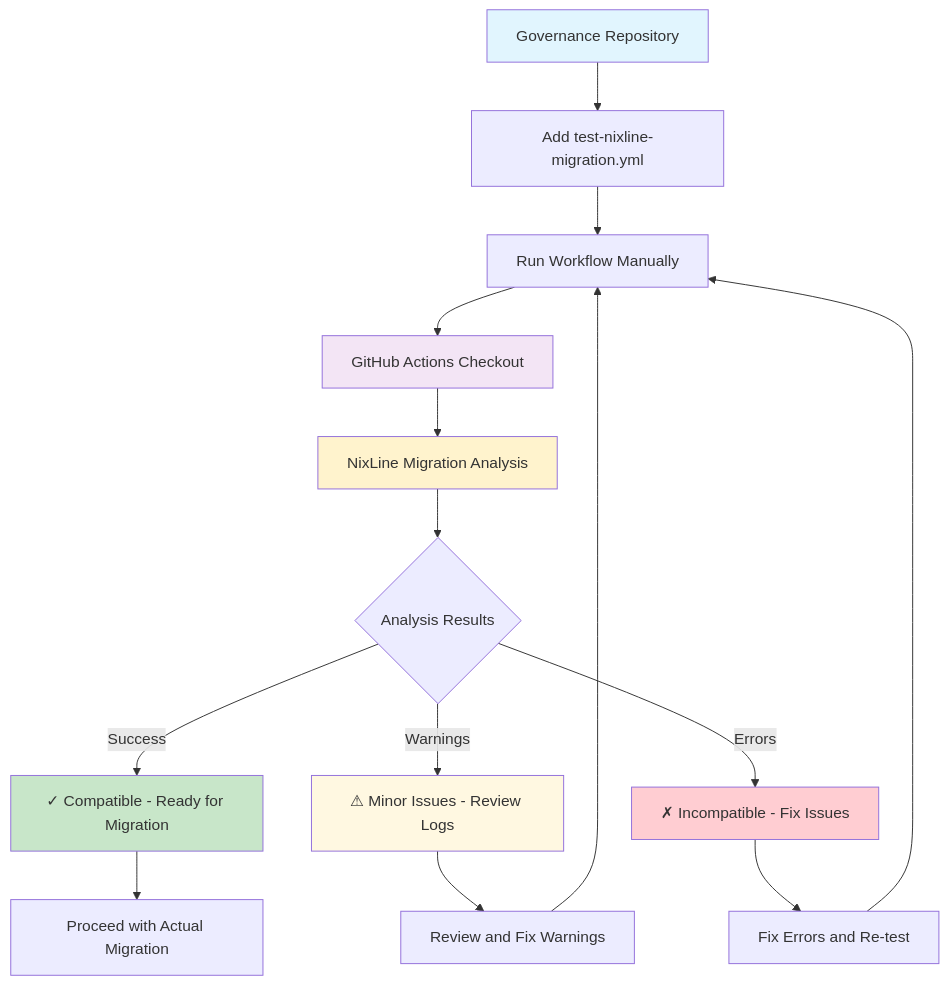
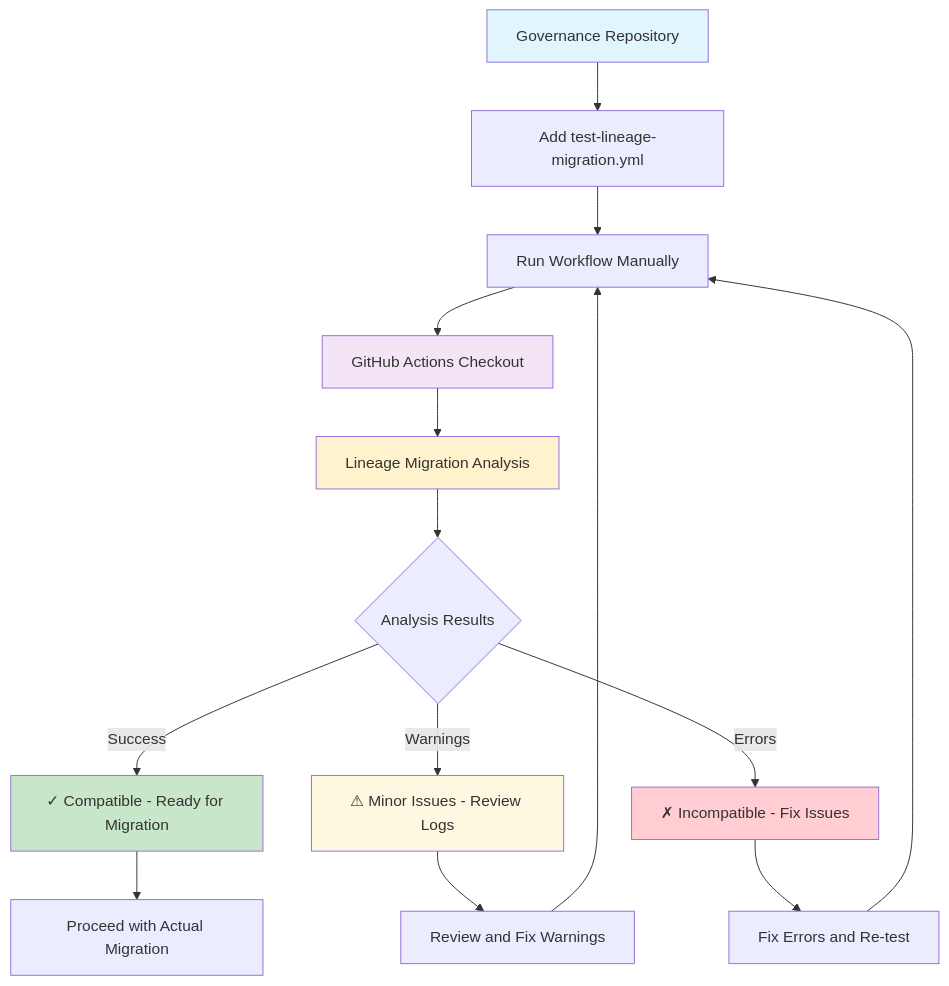
The eighth of 11 diagrams in README.md (NixLine-org/nixline-baseline), drawn with Mermaid before and after one commit. The commit also changed other lines of this file and 51 other files, not shown here.

First line of the commit message:
Rename NixLine to Lineage

````diff
--- a/README.md
+++ b/README.md
@@ -1506,26 +1508,26 @@
 ```mermaid
 flowchart TD
-    A[Governance Repository] --> B[Add test-nixline-migration.yml]
+    A[Governance Repository] --> B[Add test-lineage-migration.yml]
     B --> C[Run Workflow Manually]
     C --> D[GitHub Actions Checkout]
-    D --> E[NixLine Migration Analysis]
+    D --> E[Lineage Migration Analysis]
 
     E --> F{Analysis Results}
     F -->|Success| G[✓ Compatible - Ready for Migration]
     F -->|Warnings| H[⚠ Minor Issues - Review Logs]
     F -->|Errors| I[✗ Incompatible - Fix Issues]
 
     G --> J[Proceed with Actual Migration]
     H --> K[Review and Fix Warnings]
     I --> L[Fix Errors and Re-test]
 
     K --> C
     L --> C
 
     style A fill:#e1f5fe
     style D fill:#f3e5f5
     style E fill:#fff3cd
     style G fill:#c8e6c9
     style H fill:#fff8e1
     style I fill:#ffcdd2
 ```
````
